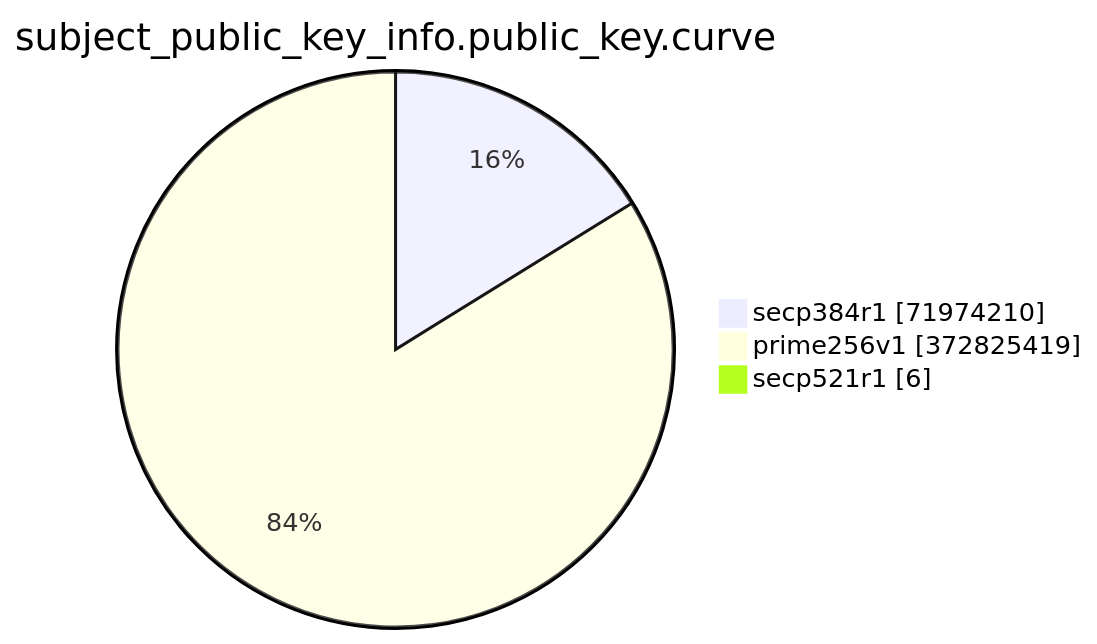
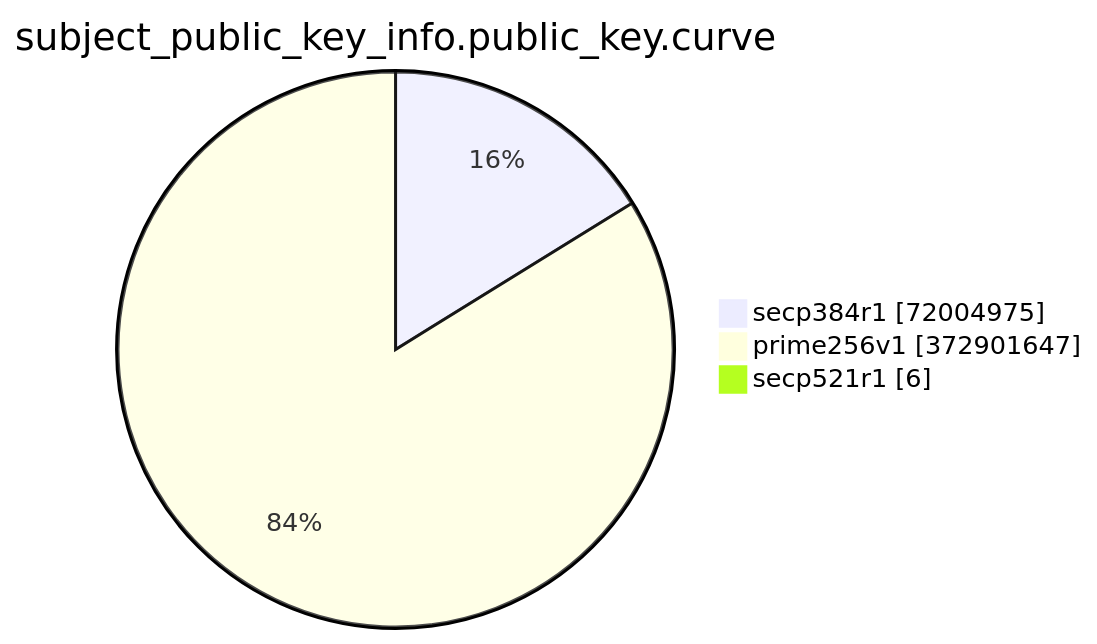
One commit to christiankrug/ctmonitor_visualization changed the eighth of 15 diagrams in TOTAL/README.md. Above: the diagram before and after it, drawn with Mermaid. The commit also changed other lines of this file, not shown here.

````diff
--- a/TOTAL/README.md
+++ b/TOTAL/README.md
@@ -3094,7 +3094,7 @@
 ```mermaid
 pie showData
 title subject_public_key_info.public_key.curve
-"secp384r1" :71974210
-"prime256v1" :372825419
+"secp384r1" :72004975
+"prime256v1" :372901647
 "secp521r1" :6
 ```
````
